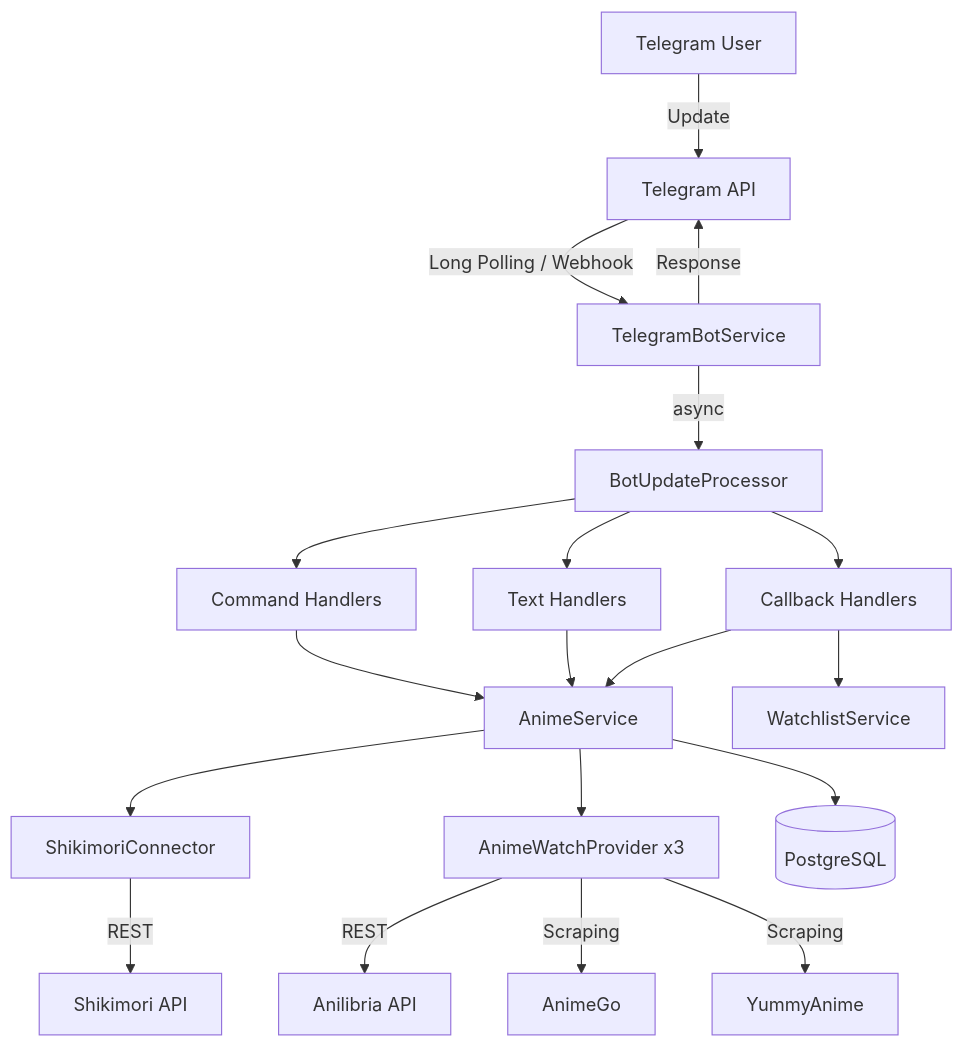
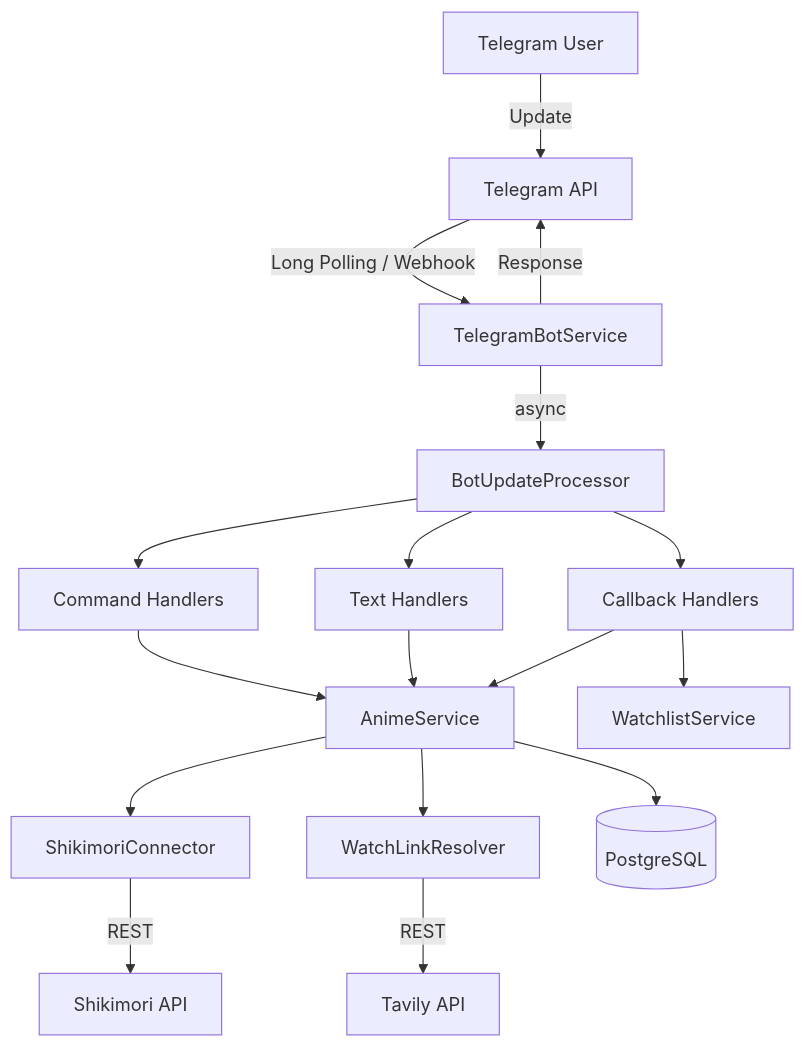
The first of 3 diagrams in README.md (ProZeroByte/animemizer-bot), drawn with Mermaid before and after one commit. The commit also changed other lines of this file and 43 other files, not shown here.

Commit message:
Add Tavily integration for watch link resolution and update Anime model

````diff
--- a/README.md
+++ b/README.md
@@ -131,21 +137,19 @@
 ```mermaid
 graph TB
     User[Telegram User] -->|Update| TG[Telegram API]
     TG -->|Long Polling / Webhook| Bot[TelegramBotService]
     Bot -->|async| Processor[BotUpdateProcessor]
     Processor --> CmdH[Command Handlers]
     Processor --> TxtH[Text Handlers]
     Processor --> CbH[Callback Handlers]
     CmdH --> AS[AnimeService]
     TxtH --> AS
     CbH --> AS
     CbH --> WS[WatchlistService]
     AS --> SC[ShikimoriConnector]
-    AS --> AP[AnimeWatchProvider x3]
+    AS --> WR[WatchLinkResolver]
     AS --> DB[(PostgreSQL)]
     SC -->|REST| Shiki[Shikimori API]
-    AP -->|REST| Ani[Anilibria API]
-    AP -->|Scraping| AG[AnimeGo]
-    AP -->|Scraping| YU[YummyAnime]
+    WR -->|REST| Tav[Tavily API]
     Bot -->|Response| TG
 ```
````
